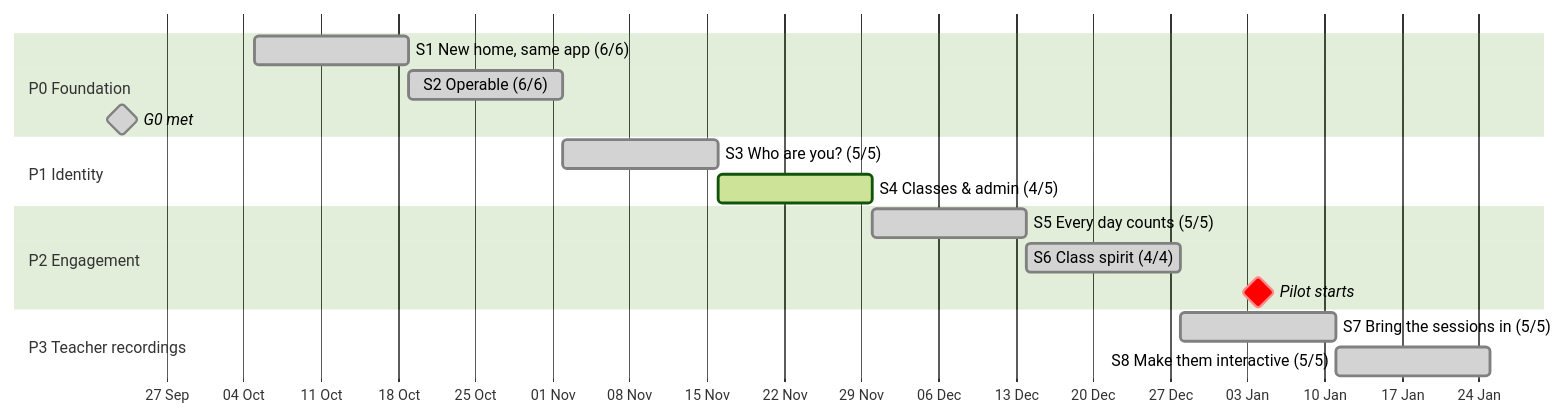
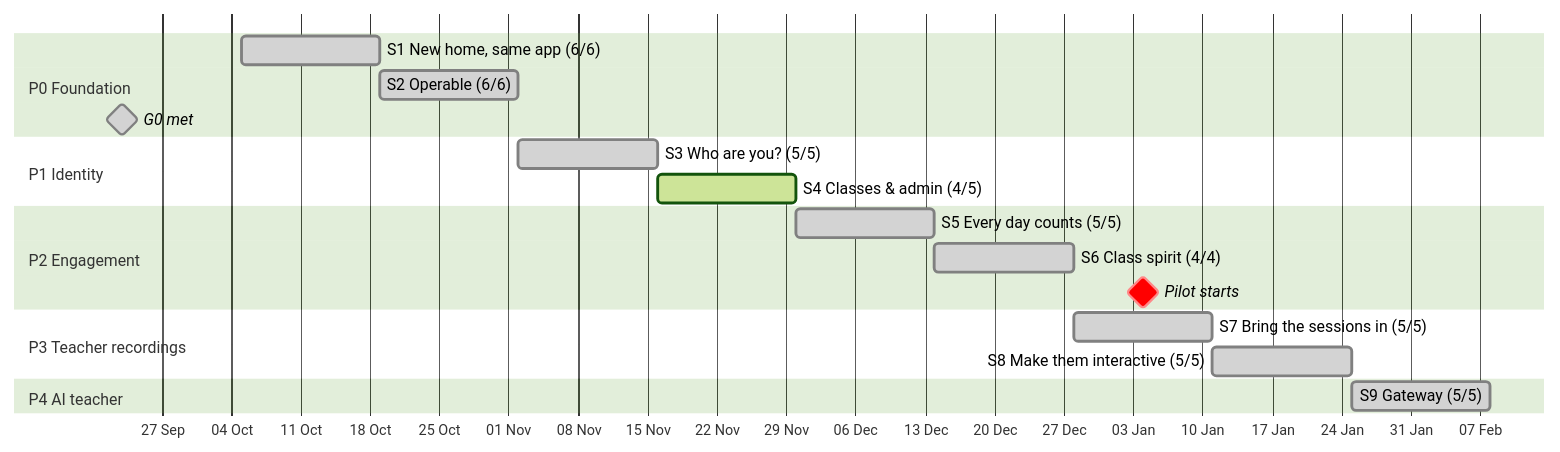
The first of 2 diagrams in docs/plan/sprint-plan.md (Sira-Labs/Suffa), drawn with Mermaid (forest theme) before and after one commit. The commit also changed other lines of this file and 5 other files, not shown here.

````diff
--- a/docs/plan/sprint-plan.md
+++ b/docs/plan/sprint-plan.md
@@ -17,20 +17,22 @@
 ```mermaid
 gantt
   dateFormat YYYY-MM-DD
   axisFormat %d %b
   todayMarker on
   section P0 Foundation
   S1 New home, same app (6/6)        :done, s1, 2026-10-05, 14d
   S2 Operable (6/6)                  :done, s2, after s1, 14d
   G0 met                             :milestone, done, g0, 2026-09-23, 0d
   section P1 Identity
   S3 Who are you? (5/5)              :done, s3, after s2, 14d
   S4 Classes & admin (4/5)          :active, s4, after s3, 14d
   section P2 Engagement
   S5 Every day counts (5/5)         :done, s5, after s4, 14d
   S6 Class spirit (4/4)             :done, s6, after s5, 14d
   Pilot starts                       :milestone, crit, pilot, 2027-01-04, 0d
   section P3 Teacher recordings
   S7 Bring the sessions in (5/5)    :done, s7, after s6, 14d
   S8 Make them interactive (5/5)    :done, s8, after s7, 14d
+  section P4 AI teacher
+  S9 Gateway (5/5)                  :done, s9, after s8, 14d
 ```
````
